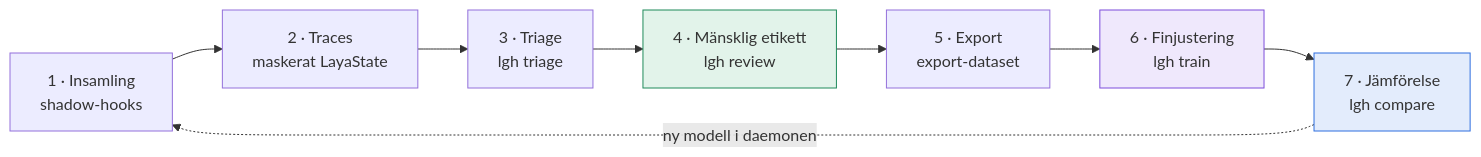
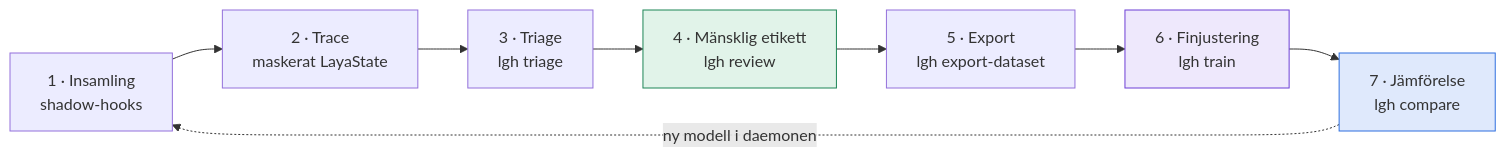
The fourth of 4 diagrams in presentation/slides.md (morre95/Laya-GuardRails-Harness), drawn with Mermaid before and after one commit. The commit also changed other lines of this file and 24 other files, not shown here.

````diff
--- a/presentation/slides.md
+++ b/presentation/slides.md
@@ -386,13 +577,13 @@
 ```mermaid {scale: 0.6}
 flowchart LR
-  A[1 · Insamling<br/>shadow-hooks] --> B[2 · Traces<br/>maskerat LayaState]
+  A[1 · Insamling<br/>shadow-hooks] --> B[2 · Trace<br/>maskerat LayaState]
   B --> C[3 · Triage<br/>lgh triage]
   C --> D[4 · Mänsklig etikett<br/>lgh review]
-  D --> E[5 · Export<br/>export-dataset]
+  D --> E[5 · Export<br/>lgh export-dataset]
   E --> F[6 · Finjustering<br/>lgh train]
   F --> G[7 · Jämförelse<br/>lgh compare]
   G -.->|ny modell i daemonen| A
-  style D fill:#e2f3ea,stroke:#1f8a5b
-  style F fill:#efe8fc,stroke:#7c4ddb
-  style G fill:#e3ecfc,stroke:#2f6fdf
+  style D fill:#e1f3e9,stroke:#1d8556
+  style F fill:#eee8fc,stroke:#6d3fd6
+  style G fill:#dfe9fc,stroke:#2f6fdf
 ```
````
